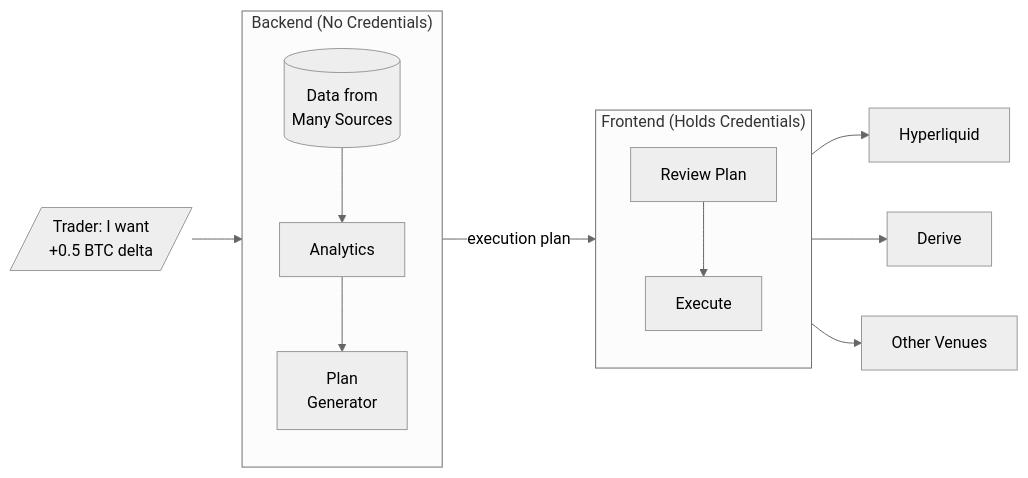
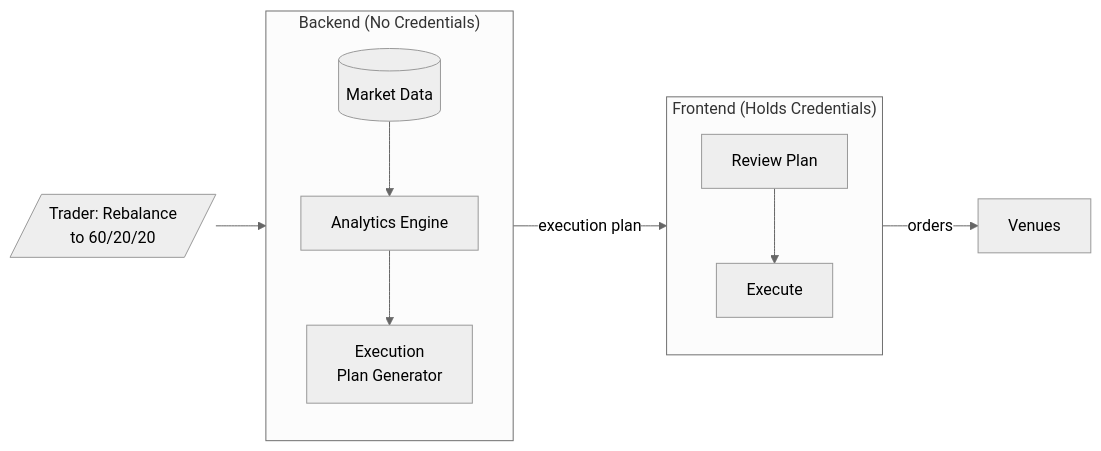
Before and after one commit to dataclique/moneymentum: the diagram in SPEC.md, drawn with Mermaid (neutral theme). The commit also changed other lines of this file, not shown here.

````diff
--- a/SPEC.md
+++ b/SPEC.md
@@ -221,29 +46,25 @@
 ```mermaid
 flowchart LR
-    T[/"Trader: I want<br/>+0.5 BTC delta"/]
+    T[/"Trader: Rebalance<br/>to 60/20/20"/]
 
     subgraph Backend["Backend (No Credentials)"]
         direction TB
-        DATA[(Data from<br/>Many Sources)]
-        ANAL[Analytics]
-        PLAN[Plan<br/>Generator]
+        DATA[(Market Data)]
+        ANAL[Analytics Engine]
+        PLAN[Execution<br/>Plan Generator]
         DATA --> ANAL --> PLAN
     end
 
     subgraph Frontend["Frontend (Holds Credentials)"]
         direction TB
         UI[Review Plan]
         EX[Execute]
         UI --> EX
     end
 
-    V1[Hyperliquid]
-    V2[Derive]
-    V3[Other Venues]
+    V[Venues]
 
     T --> PLAN
     PLAN -->|execution plan| UI
-    EX --> V1
-    EX --> V2
-    EX --> V3
+    EX -->|orders| V
 ```
````
